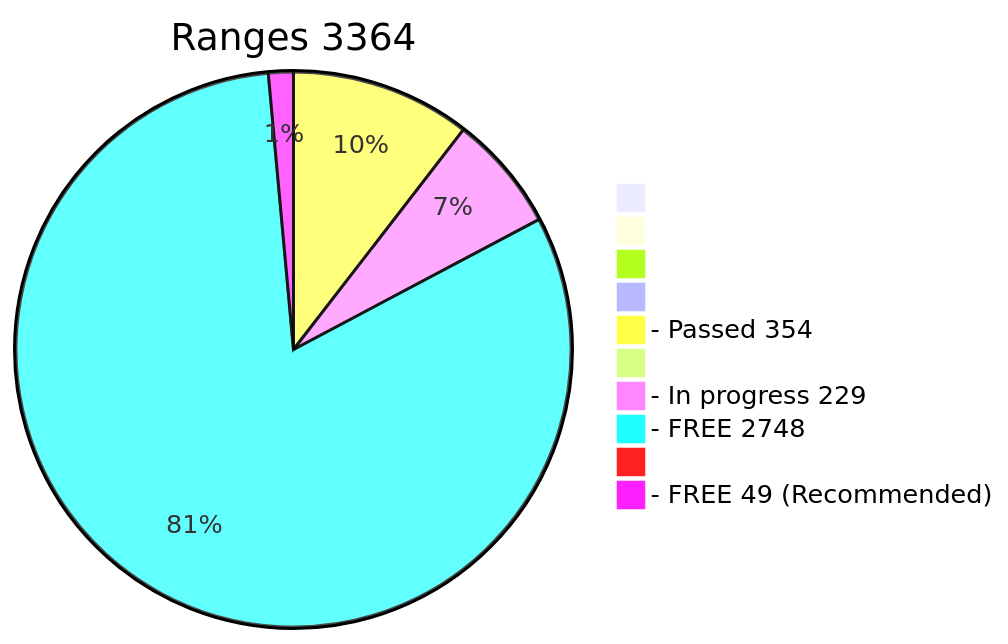
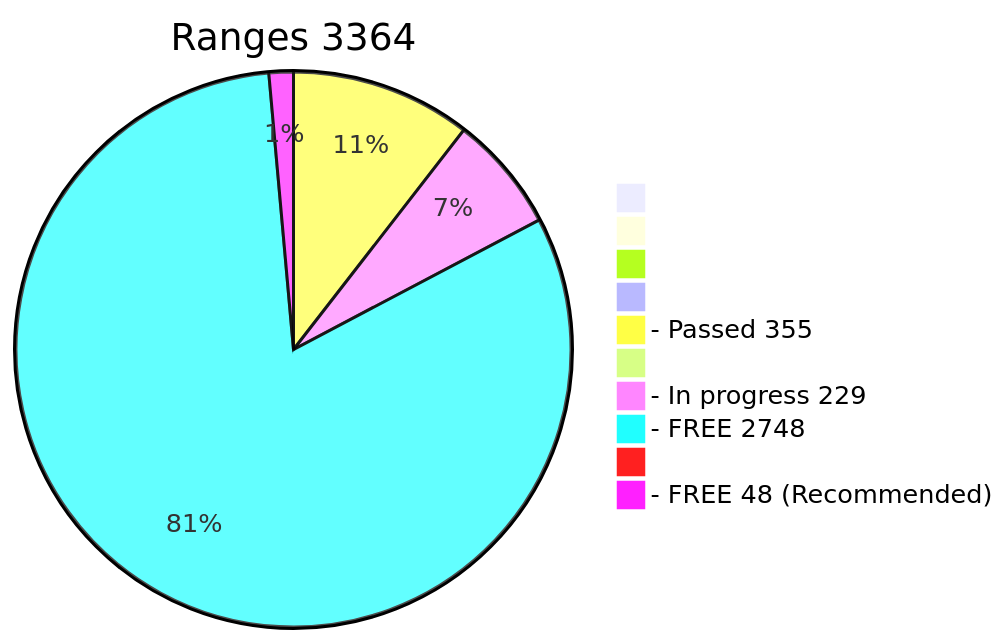
Before and after one commit to phrutis/wif500: the diagram in x64/Release/table.md, drawn with Mermaid. The commit also changed other lines of this file, not shown here.

````diff
--- a/x64/Release/table.md
+++ b/x64/Release/table.md
@@ -2,13 +2,13 @@
 ```mermaid
 pie title Ranges 3364
   " " : 0
   "  " : 0
   "   " : 0
   "    " : 0
-  "- Passed 354" : 354
+  "- Passed 355" : 355
   "     " : 0
   "- In progress 229" : 229
   "- FREE 2748" : 2748
   "      " : 0
-  "- FREE 49 (Recommended)" : 49
+  "- FREE 48 (Recommended)" : 48
 ```
````
